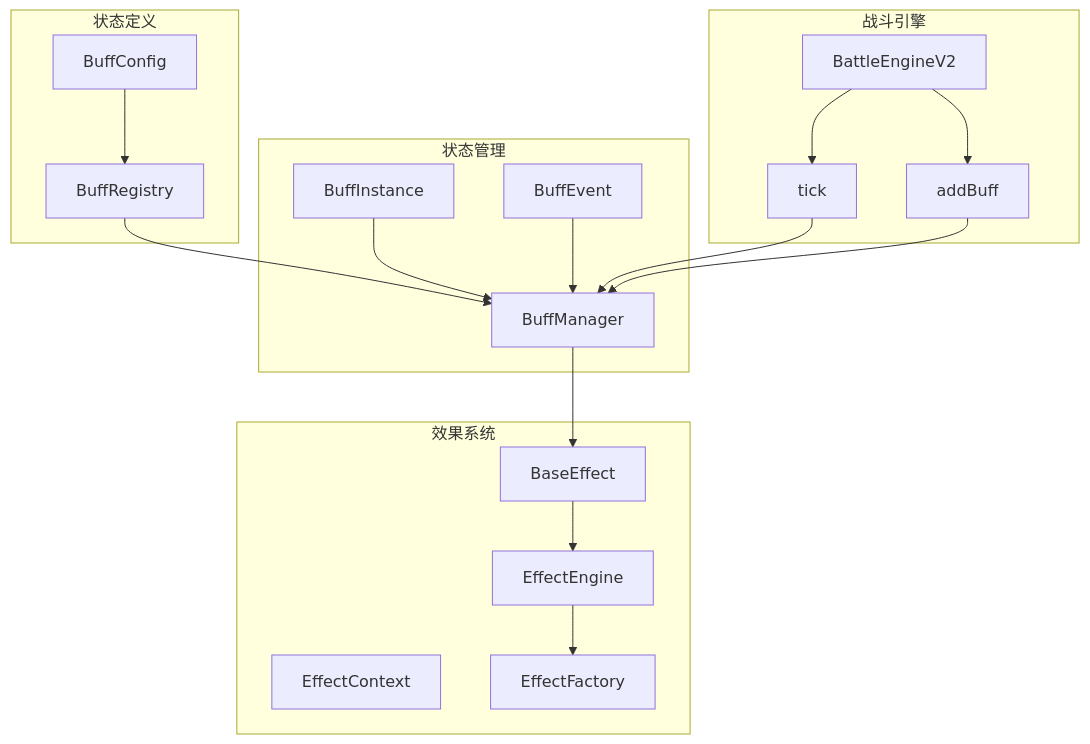
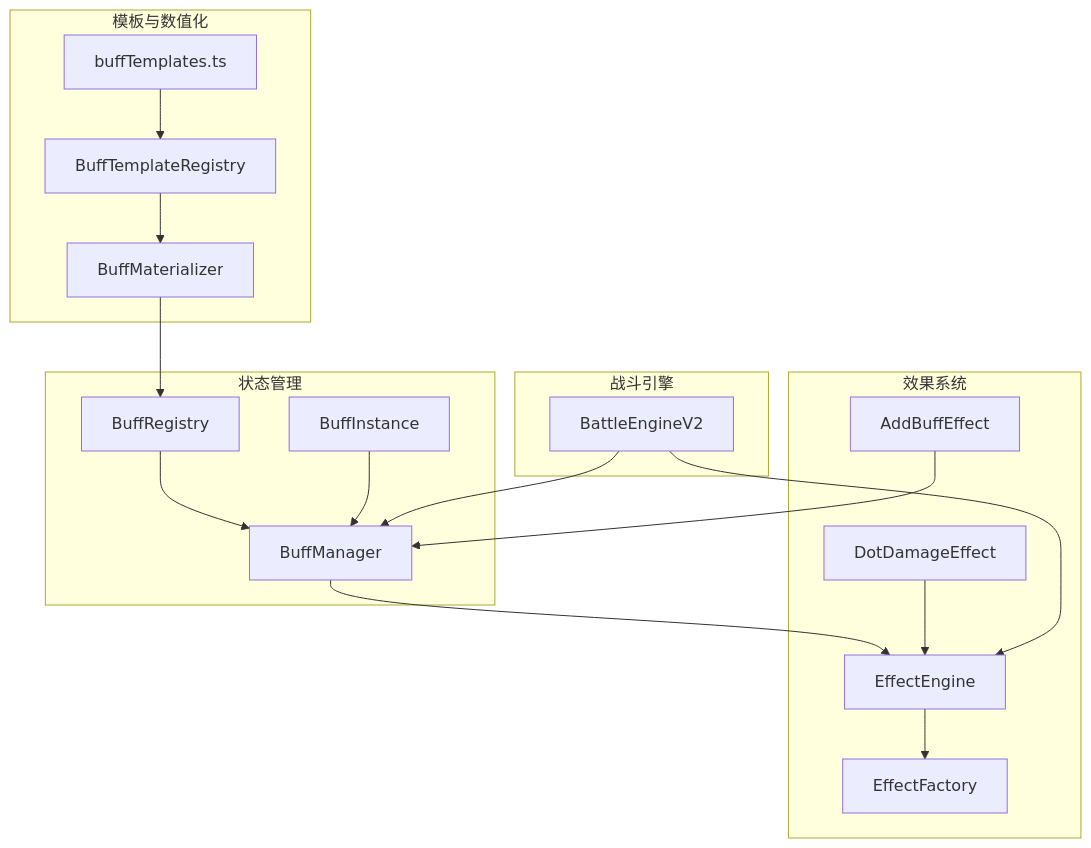
One commit to ChurchTao/Daoyou changed the diagram in .qoder/repowiki/zh/content/核心功能模块/战斗系统/战斗流程/回合执行/状态效果系统.md. Above: the diagram before and after it, drawn with Mermaid. The commit also changed other lines of this file and 5 other files, not shown here.

````diff
--- a/.qoder/repowiki/zh/content/核心功能模块/战斗系统/战斗流程/回合执行/状态效果系统.md
+++ b/.qoder/repowiki/zh/content/核心功能模块/战斗系统/战斗流程/回合执行/状态效果系统.md
@@ -246,34 +141,33 @@
 ```mermaid
 graph TB
-subgraph "状态定义"
-Registry[BuffRegistry]
-Config[BuffConfig]
+subgraph "模板与数值化"
+TemplateRegistry[BuffTemplateRegistry]
+Materializer[BuffMaterializer]
+Templates[buffTemplates.ts]
 end
 subgraph "状态管理"
 Manager[BuffManager]
 Instance[BuffInstance]
-Event[BuffEvent]
+Registry[BuffRegistry]
 end
 subgraph "效果系统"
 Engine[EffectEngine]
-Context[EffectContext]
-Effect[BaseEffect]
 Factory[EffectFactory]
+AddBuff[AddBuffEffect]
+Dot[DotDamageEffect]
 end
 subgraph "战斗引擎"
 BattleEngine[BattleEngineV2]
-Tick[tick]
-Apply[addBuff]
 end
+Templates --> TemplateRegistry
+TemplateRegistry --> Materializer
+Materializer --> Registry
 Registry --> Manager
-Config --> Registry
 Instance --> Manager
-Event --> Manager
-Manager --> Effect
-Effect --> Engine
+Manager --> Engine
 Engine --> Factory
-BattleEngine --> Tick
-BattleEngine --> Apply
-Tick --> Manager
-Apply --> Manager
+AddBuff --> Manager
+Dot --> Engine
+BattleEngine --> Manager
+BattleEngine --> Engine
 ```
````
